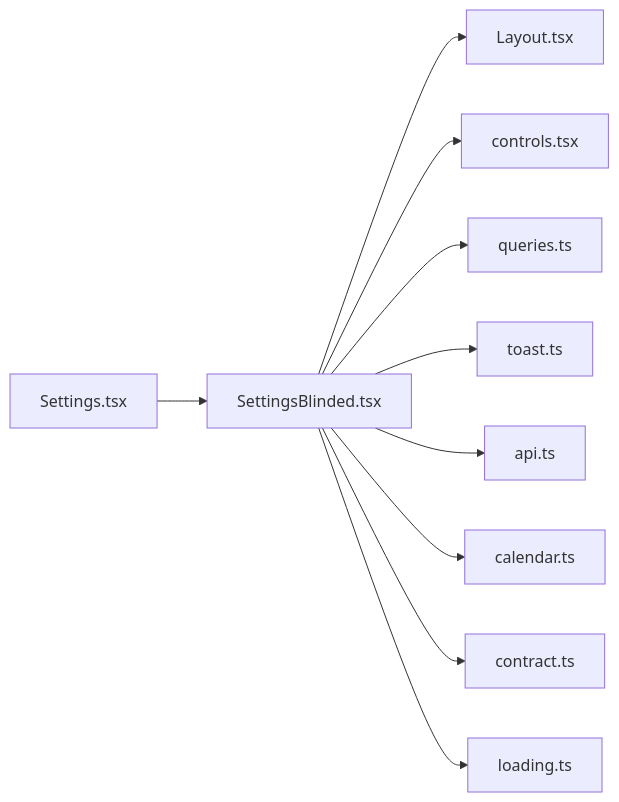
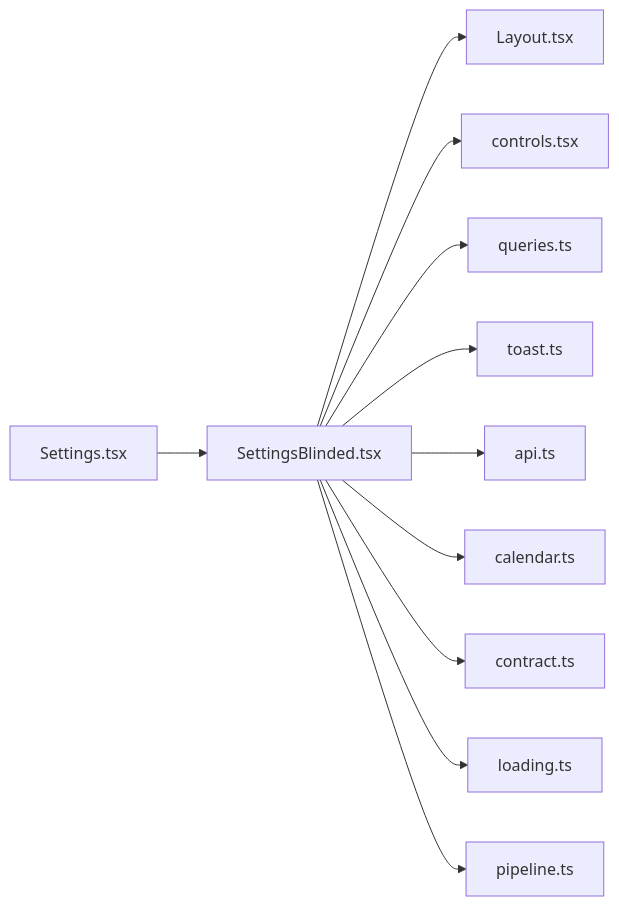
One commit to minkong-dev/Banblit changed the diagram in .cluedoc/graph/frontend/src/routes/SettingsBlinded.md. Above: the diagram before and after it, drawn with Mermaid. The commit also changed other lines of this file and 49 other files, not shown here.

First line of the commit message:
frontend: move queryKeys, server calls and screen hooks to queries, pipeline and per-screen hooks

````diff
--- a/.cluedoc/graph/frontend/src/routes/SettingsBlinded.md
+++ b/.cluedoc/graph/frontend/src/routes/SettingsBlinded.md
@@ -10,13 +10,14 @@
 ```mermaid
 flowchart LR
   frontend_src_routes_SettingsBlinded["SettingsBlinded.tsx"]
   frontend_src_routes_SettingsBlinded --> frontend_src_components_Layout["Layout.tsx"]
   frontend_src_routes_SettingsBlinded --> frontend_src_components_controls["controls.tsx"]
   frontend_src_routes_SettingsBlinded --> frontend_src_components_queries["queries.ts"]
   frontend_src_routes_SettingsBlinded --> frontend_src_components_toast["toast.ts"]
   frontend_src_routes_SettingsBlinded --> frontend_src_lib_api["api.ts"]
   frontend_src_routes_SettingsBlinded --> frontend_src_lib_calendar["calendar.ts"]
   frontend_src_routes_SettingsBlinded --> frontend_src_lib_contract["contract.ts"]
   frontend_src_routes_SettingsBlinded --> frontend_src_lib_loading["loading.ts"]
+  frontend_src_routes_SettingsBlinded --> frontend_src_lib_pipeline["pipeline.ts"]
   frontend_src_routes_Settings["Settings.tsx"] --> frontend_src_routes_SettingsBlinded
 ```
````
